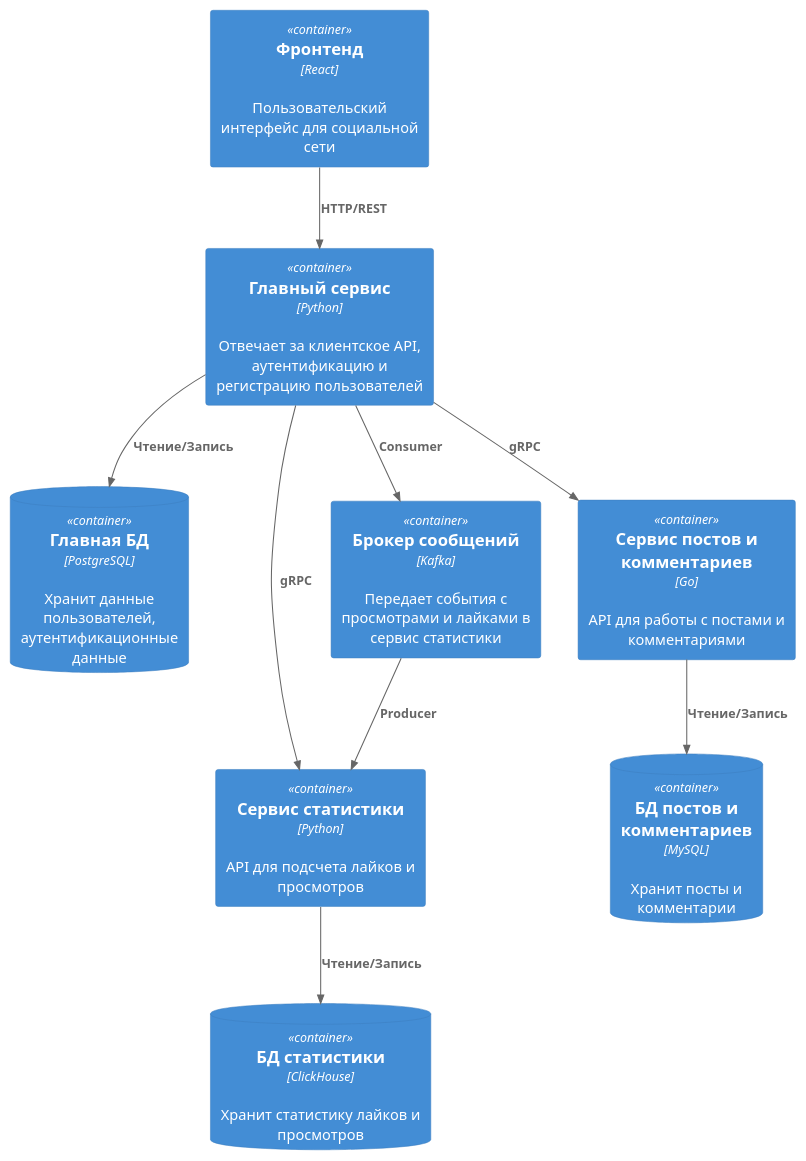
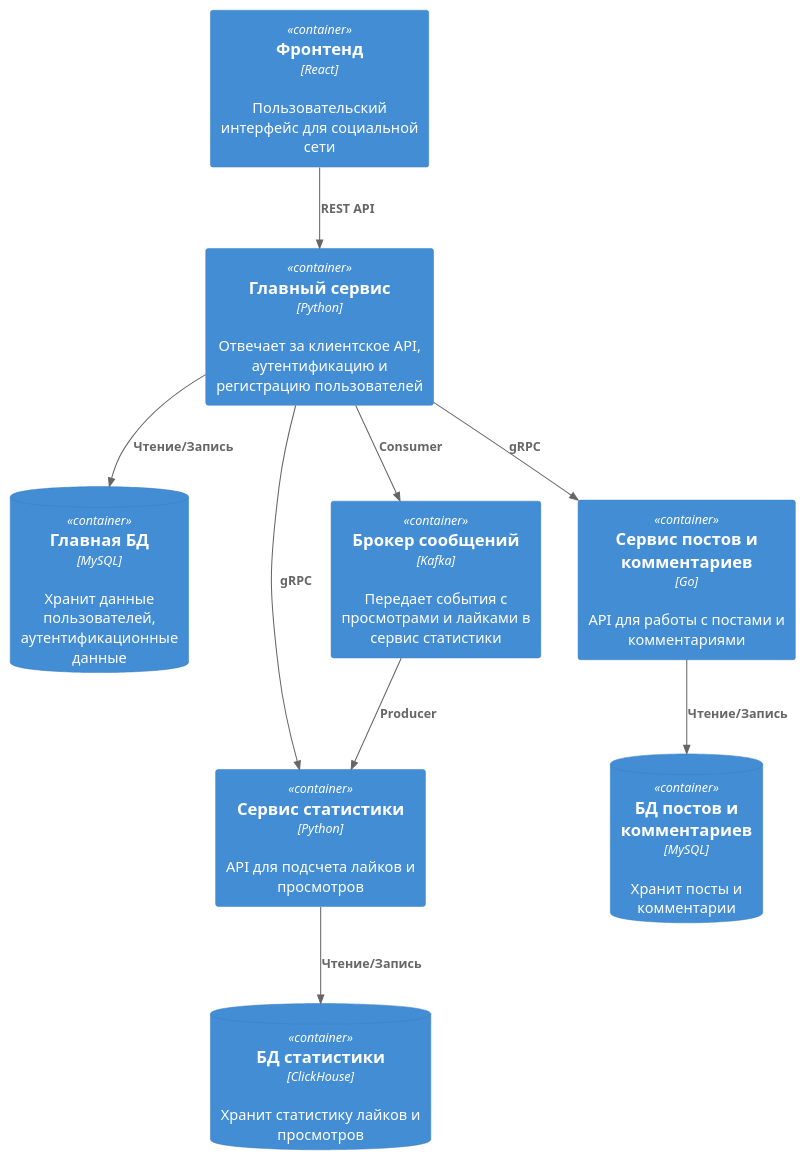
One commit to EugeneDar/soa changed the diagram in doc/c4-conteiners.puml. Above: the diagram before and after it, drawn with PlantUML. The commit also changed 1 other file, not shown here.

```diff
--- a/doc/c4-conteiners.puml
+++ b/doc/c4-conteiners.puml
@@ -1,22 +1,22 @@
 @startuml
 !includeurl https://raw.githubusercontent.com/plantuml-stdlib/C4-PlantUML/master/C4_Container.puml
 
 Container(main_api, "Главный сервис", "Python", "Отвечает за клиентское API, аутентификацию и регистрацию пользователей")
-ContainerDb(main_db, "Главная БД", "PostgreSQL", "Хранит данные пользователей, аутентификационные данные")
+ContainerDb(main_db, "Главная БД", "MySQL", "Хранит данные пользователей, аутентификационные данные")
 Container(stat_api, "Сервис статистики", "Python", "API для подсчета лайков и просмотров")
 ContainerDb(stat_db, "БД статистики", "ClickHouse", "Хранит статистику лайков и просмотров")
 Container(post_api, "Сервис постов и комментариев", "Go", "API для работы с постами и комментариями")
 ContainerDb(post_db, "БД постов и комментариев", "MySQL", "Хранит посты и комментарии")
 Container(kafka, "Брокер сообщений", "Kafka", "Передает события с просмотрами и лайками в сервис статистики")
 Container(frontend, "Фронтенд", "React", "Пользовательский интерфейс для социальной сети")
 
 Rel(main_api, main_db, "Чтение/Запись")
 Rel(main_api, stat_api, "gRPC")
 Rel(main_api, post_api, "gRPC")
 Rel(stat_api, stat_db, "Чтение/Запись")
 Rel(post_api, post_db, "Чтение/Запись")
-Rel(frontend, main_api, "HTTP/REST")
+Rel(frontend, main_api, "REST API")
 Rel(kafka, stat_api, "Producer")
 Rel(main_api, kafka, "Consumer")
 
 @enduml
```
